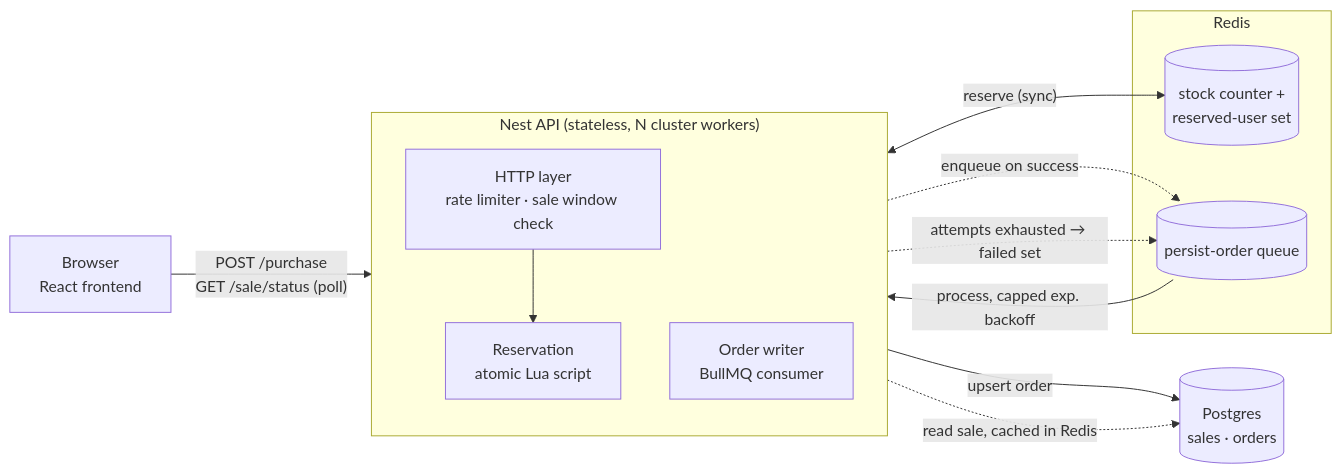
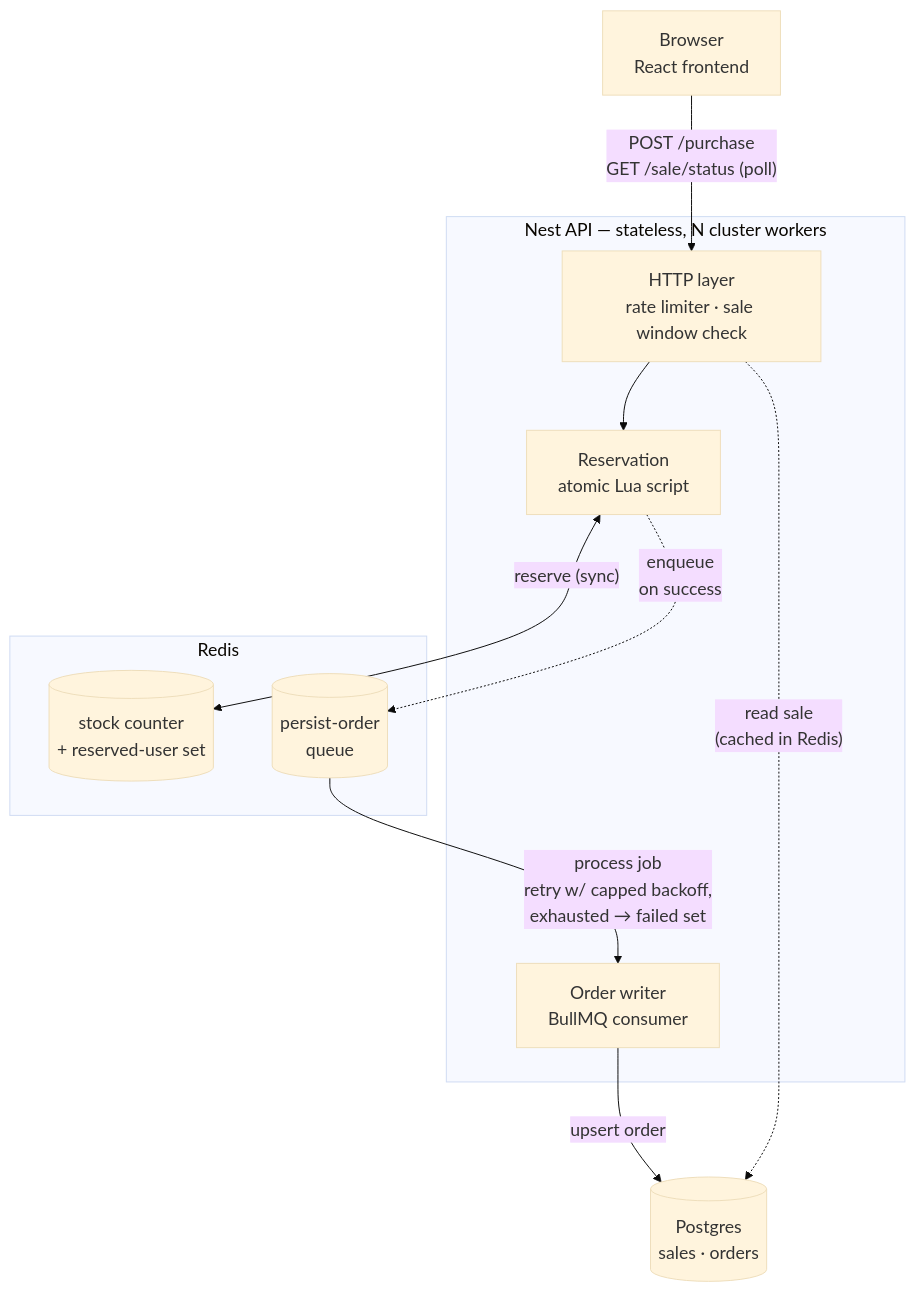
The diagram in README.md (sloonzz/flash-sale-exercise), drawn with Mermaid before and after one commit. The commit also changed other lines of this file, not shown here.

````diff
--- a/README.md
+++ b/README.md
@@ -96,27 +94,26 @@
 ```mermaid
-flowchart LR
+%%{init: {"theme": "base", "themeVariables": {"fontSize": "18px"}, "flowchart": {"nodeSpacing": 60, "rankSpacing": 70, "padding": 16}}}%%
+flowchart TB
     FE["Browser<br/>React frontend"]
 
-    subgraph api["Nest API (stateless, N cluster workers)"]
-        direction TB
+    subgraph api["Nest API — stateless, N cluster workers"]
         HTTP["HTTP layer<br/>rate limiter · sale window check"]
         RES["Reservation<br/>atomic Lua script"]
         CONS["Order writer<br/>BullMQ consumer"]
-        HTTP --> RES
     end
 
     subgraph redis["Redis"]
-        STOCK[("stock counter +<br/>reserved-user set")]
-        QUEUE[("persist-order queue")]
+        STOCK[("stock counter<br/>+ reserved-user set")]
+        QUEUE[("persist-order<br/>queue")]
     end
 
     PG[("Postgres<br/>sales · orders")]
 
     FE -->|"POST /purchase<br/>GET /sale/status (poll)"| HTTP
+    HTTP --> RES
     RES <-->|"reserve (sync)"| STOCK
-    RES -.->|"enqueue on success"| QUEUE
-    QUEUE -->|"process, capped exp. backoff"| CONS
+    RES -.->|"enqueue<br/>on success"| QUEUE
+    QUEUE -->|"process job<br/>retry w/ capped backoff,<br/>exhausted → failed set"| CONS
     CONS -->|"upsert order"| PG
-    CONS -.->|"attempts exhausted → failed set"| QUEUE
-    HTTP -.->|"read sale, cached in Redis"| PG
+    HTTP -.->|"read sale<br/>(cached in Redis)"| PG
 ```
````
